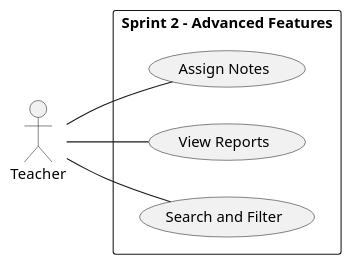
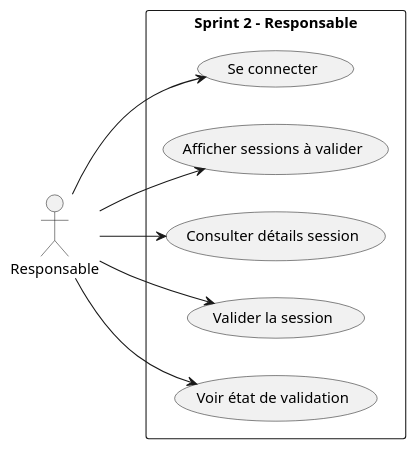
One commit to Ayoub-El-Bouzidi/fil-rouge changed the diagram in Branch Functional/Analys/useCase_2.puml. Above: the diagram before and after it, drawn with PlantUML. The commit also changed 3 other files, not shown here.

```diff
--- a/Branch Functional/Analys/useCase_2.puml
+++ b/Branch Functional/Analys/useCase_2.puml
@@ -1,15 +1,21 @@
 @startuml
 left to right direction
-skinparam packageStyle rect
+skinparam packageStyle rectangle
 
-actor Teacher as T
+actor Responsable
 
-package "Sprint 2 - Advanced Features" {
-    usecase "Assign Notes" as AN
-    usecase "View Reports" as VR
-    usecase "Search and Filter" as SF
+rectangle "Sprint 2 - Responsable" {
+
+  usecase "Se connecter"
+  usecase "Afficher sessions à valider"
+  usecase "Consulter détails session"
+  usecase "Valider la session"
+  usecase "Voir état de validation"
+
+  Responsable --> "Se connecter"
+  Responsable --> "Afficher sessions à valider"
+  Responsable --> "Consulter détails session"
+  Responsable --> "Valider la session"
+  Responsable --> "Voir état de validation"
 }
-T -- AN
-T -- VR
-T -- SF
 @enduml
```
